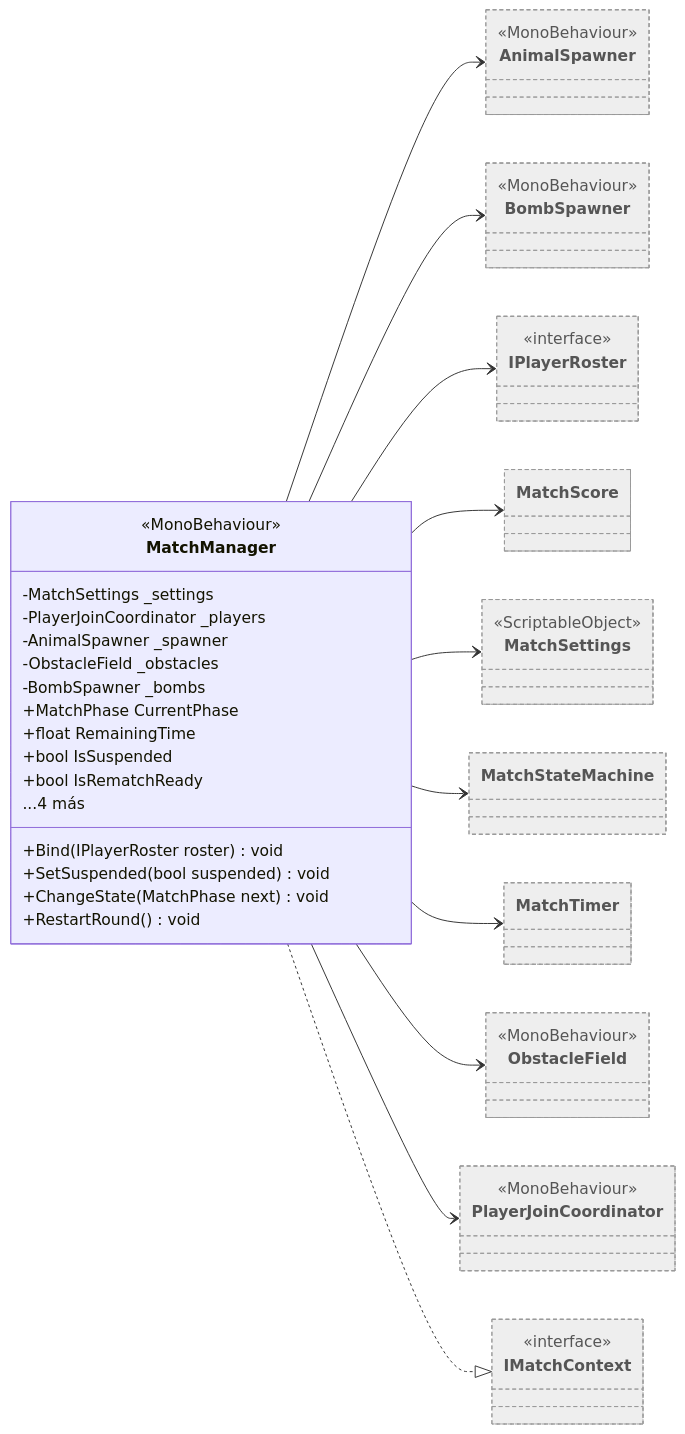
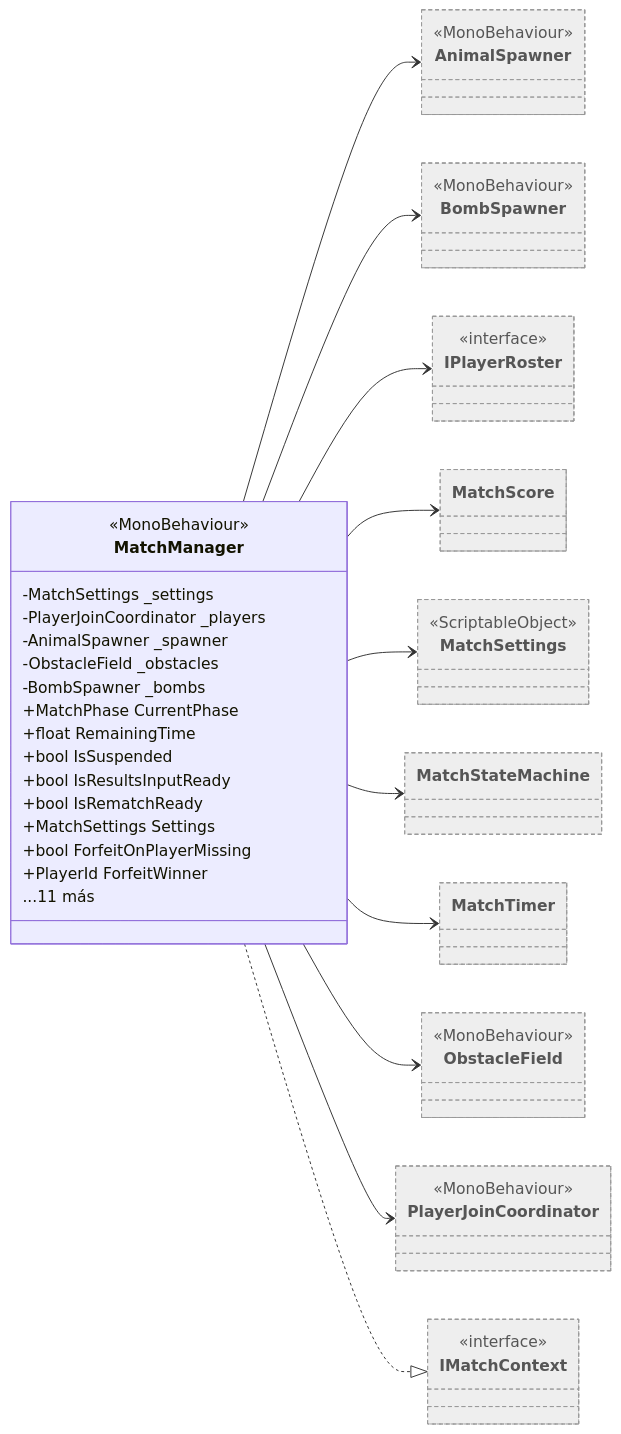
Before and after one commit to Chacashi/Alien-Farms: the diagram in Docs/Arquitectura/Clases/Match/MatchManager.md, drawn with Mermaid. The commit also changed other lines of this file and 257 other files, not shown here.

````diff
--- a/Docs/Arquitectura/Clases/Match/MatchManager.md
+++ b/Docs/Arquitectura/Clases/Match/MatchManager.md
@@ -18,49 +18,49 @@
 ```mermaid
 classDiagram
   direction LR
   class MatchManager {
     <<MonoBehaviour>>
     -MatchSettings _settings
     -PlayerJoinCoordinator _players
     -AnimalSpawner _spawner
     -ObstacleField _obstacles
     -BombSpawner _bombs
     +MatchPhase CurrentPhase
     +float RemainingTime
     +bool IsSuspended
+    +bool IsResultsInputReady
     +bool IsRematchReady
-    +Bind(IPlayerRoster roster) void
-    +SetSuspended(bool suspended) void
-    +ChangeState(MatchPhase next) void
-    +RestartRound() void
-    ...4 más
+    +MatchSettings Settings
+    +bool ForfeitOnPlayerMissing
+    +PlayerId ForfeitWinner
+    ...11 más
   }
   class AnimalSpawner:::external
   <<MonoBehaviour>> AnimalSpawner
   class BombSpawner:::external
   <<MonoBehaviour>> BombSpawner
   class IMatchContext:::external
   <<interface>> IMatchContext
   class IPlayerRoster:::external
   <<interface>> IPlayerRoster
   class MatchScore:::external
   class MatchSettings:::external
   <<ScriptableObject>> MatchSettings
   class MatchStateMachine:::external
   class MatchTimer:::external
   class ObstacleField:::external
   <<MonoBehaviour>> ObstacleField
   class PlayerJoinCoordinator:::external
   <<MonoBehaviour>> PlayerJoinCoordinator
   MatchManager --> AnimalSpawner
   MatchManager --> BombSpawner
   MatchManager --> IPlayerRoster
   MatchManager --> MatchScore
   MatchManager --> MatchSettings
   MatchManager --> MatchStateMachine
   MatchManager --> MatchTimer
   MatchManager --> ObstacleField
   MatchManager --> PlayerJoinCoordinator
   MatchManager ..|> IMatchContext
   classDef external fill:#eee,stroke:#999,stroke-dasharray: 4 3,color:#555
 ```
````
